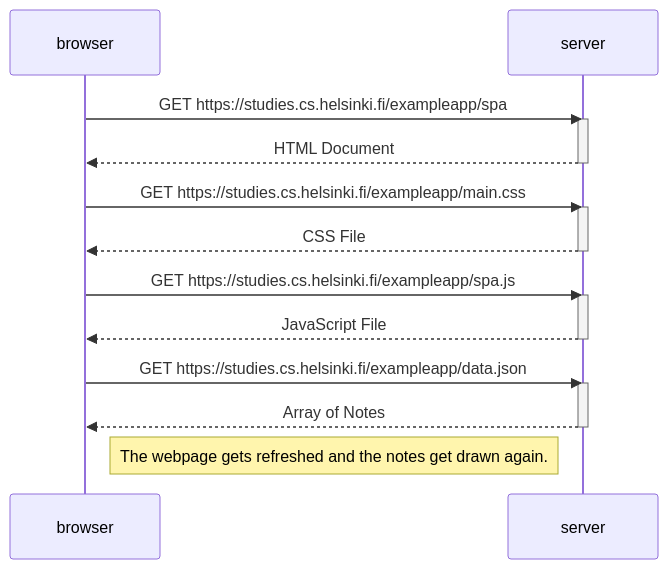
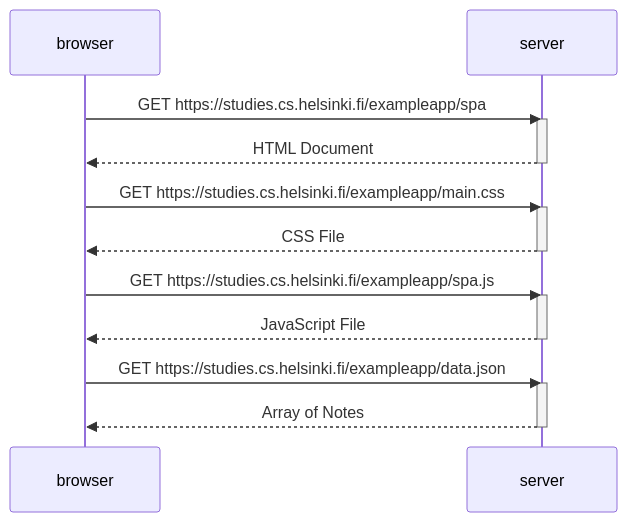
One commit to valtteriper/FullstackOpen changed the diagram in part_0.5.md. Above: the diagram before and after it, drawn with Mermaid.

````diff
--- a/part_0.5.md
+++ b/part_0.5.md
@@ -1,28 +1,26 @@
 ```mermaid
 sequenceDiagram
     participant browser
     participant server
     
     browser->>server: GET https://studies.cs.helsinki.fi/exampleapp/spa
     activate server
     server-->>browser: HTML Document
     deactivate server
 
     browser->>server: GET https://studies.cs.helsinki.fi/exampleapp/main.css
     activate server
     server-->>browser: CSS File
     deactivate server
 
     browser->>server: GET https://studies.cs.helsinki.fi/exampleapp/spa.js
     activate server
     server-->>browser: JavaScript File
     deactivate server
 
     browser->>server: GET https://studies.cs.helsinki.fi/exampleapp/data.json
     activate server
     server-->>browser: Array of Notes
     deactivate server
 
-Note right of browser: The webpage gets refreshed and the notes get drawn again.
-
 ```
````
